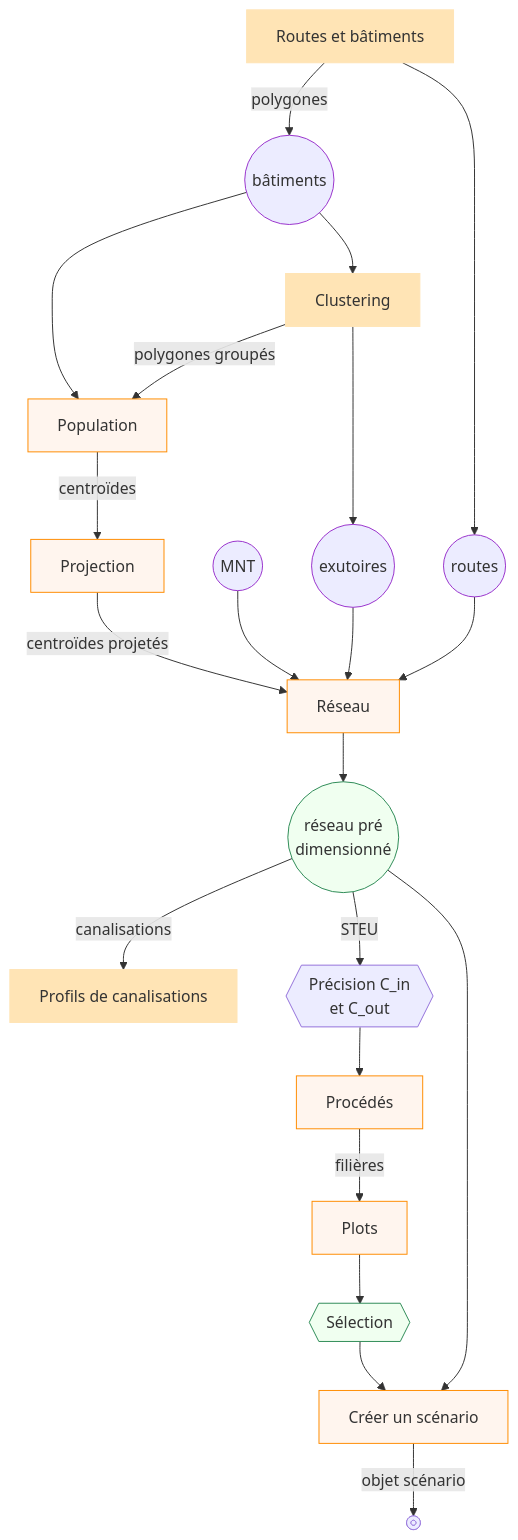
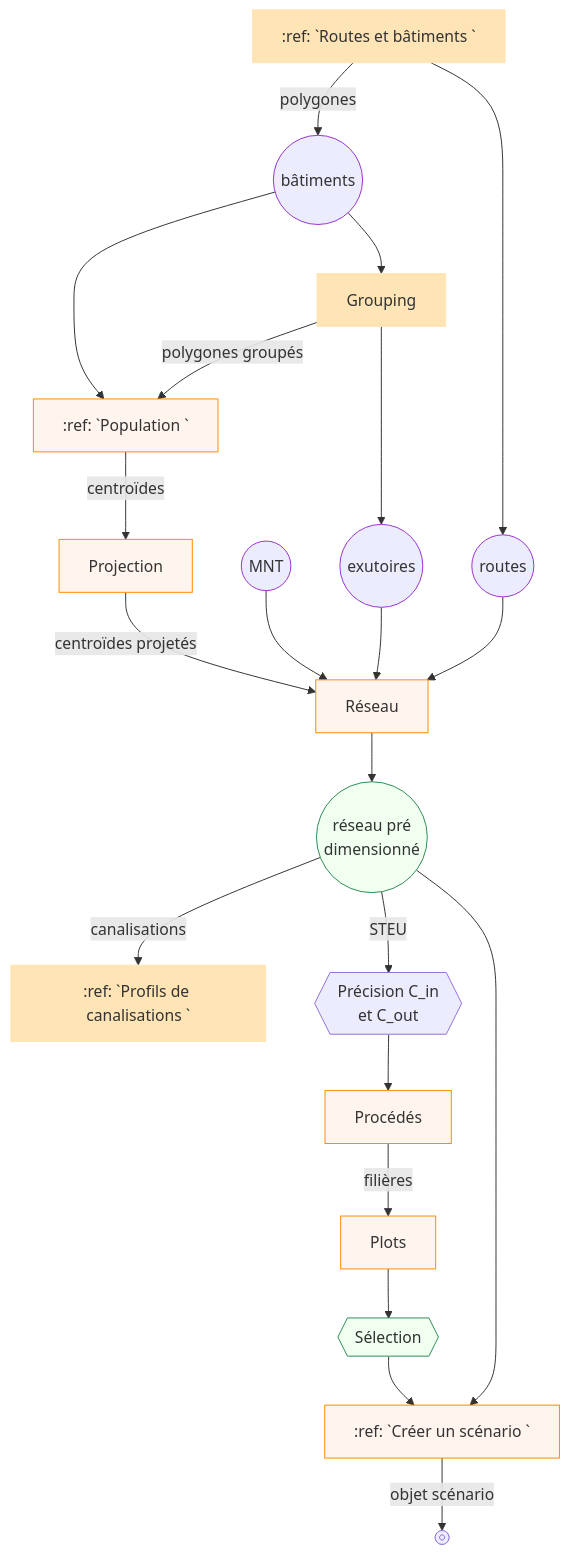
The diagram in docs/logigramme_prb1.rst (nicolas-forquet/elan), drawn with Mermaid before and after one commit.

Commit message:
try integrate existing references into flowchart

```diff
--- a/docs/logigramme_prb1.rst
+++ b/docs/logigramme_prb1.rst
@@ -4,39 +4,39 @@
 .. mermaid::
     :zoom:
-    
+
     flowchart TB
-        A[Routes et bâtiments]:::class1
-        B[Population]:::class3
+        A[:ref: `Routes et bâtiments <routes>`]:::class1
+        B[:ref: `Population <population>`]:::class3
         C[Projection]:::class3
         D[Réseau]:::class3
-        E[Clustering]:::class1
+        E[Grouping]:::class1
         E --polygones groupés--> B
         B --centroïdes--> C --centroïdes projetés--> D
         F@{ shape: circle, label: "MNT" }
         G@{ shape: circle, label: "exutoires" }
         H@{ shape: circle, label: "routes" }
         I@{ shape: circle, label: "bâtiments" }
         A --polygones--> I --> B
         I:::class0 --> E
         A --> H:::class0 --> D
         F:::class0 --> D
         E --> G:::class0 --> D
-        J[Profils de canalisations]:::class1
+        J[:ref: `Profils de canalisations <visualisation-profils>`]:::class1
         K[Procédés]:::class3
-        L[Créer un scénario]:::class3
+        L[:ref: `Créer un scénario <creer-scenario>`]:::class3
         M[Plots]:::class3
         N@{ shape: circle, label: "réseau pré <br/> dimensionné"}
         D --> N:::class2
         N --canalisations--> J
         N --STEU--> Q --> K
         K --filières--> M 
         N --> L
         O@{ shape: framed-circle, label: "Stop" }
         P@{ shape: hex, label: "Sélection" }
         M --> P:::class2 --> L
         L -- objet scénario --> O
         Q@{ shape: hex, label: "Précision C_in <br/> et C_out" }
         classDef class0 fill:##E6E6FA, stroke:#9932CC
         classDef class1 fill:#FFE4B5, stroke:#FFE4B5
         classDef class2 fill:#F0FFF0, stroke:#2E8B57
         classDef class3 fill:#FFF5EE, stroke:#FF8C00
```
